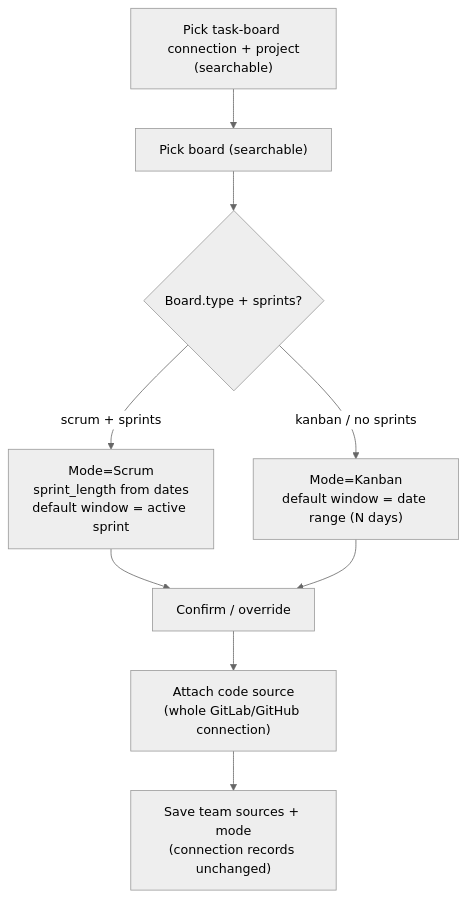
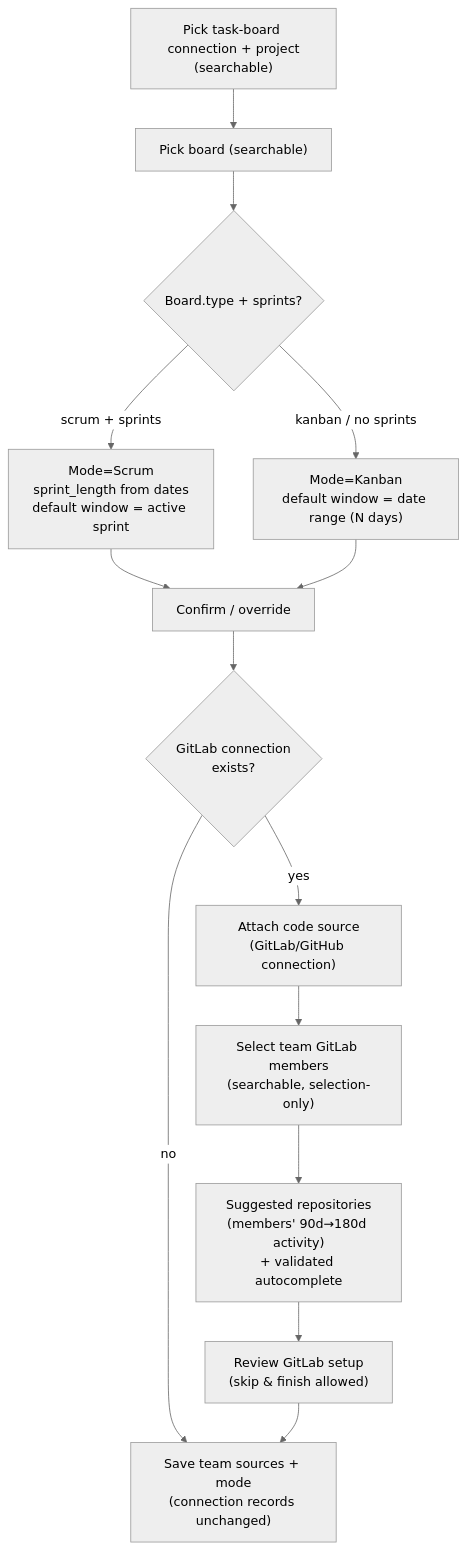
Before and after one commit to serdartas/em-radar: the fourth of 6 diagrams in docs/09-functional-flows.md, drawn with Mermaid (neutral theme). The commit also changed other lines of this file and 7 other files, not shown here.

````diff
--- a/docs/09-functional-flows.md
+++ b/docs/09-functional-flows.md
@@ -247,11 +267,16 @@
 ```mermaid
 flowchart TD
     A["Pick task-board connection + project<br/>(searchable)"] --> B["Pick board (searchable)"]
     B --> C{"Board.type + sprints?"}
     C -->|scrum + sprints| D["Mode=Scrum<br/>sprint_length from dates<br/>default window = active sprint"]
     C -->|kanban / no sprints| E["Mode=Kanban<br/>default window = date range (N days)"]
     D --> F["Confirm / override"]
     E --> F
-    F --> G["Attach code source<br/>(whole GitLab/GitHub connection)"]
-    G --> H["Save team sources + mode<br/>(connection records unchanged)"]
+    F --> GL{"GitLab connection<br/>exists?"}
+    GL -->|no| H["Save team sources + mode<br/>(connection records unchanged)"]
+    GL -->|yes| G["Attach code source<br/>(GitLab/GitHub connection)"]
+    G --> M["Select team GitLab members<br/>(searchable, selection-only)"]
+    M --> RSug["Suggested repositories<br/>(members' 90d→180d activity)<br/>+ validated autocomplete"]
+    RSug --> Rev["Review GitLab setup<br/>(skip & finish allowed)"]
+    Rev --> H
 ```
````
